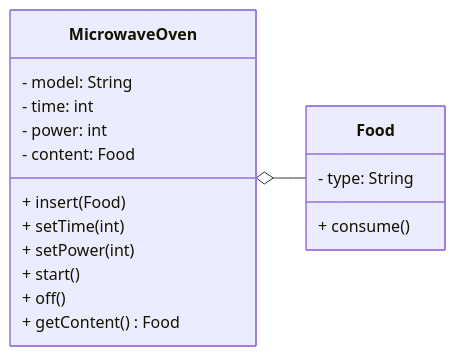
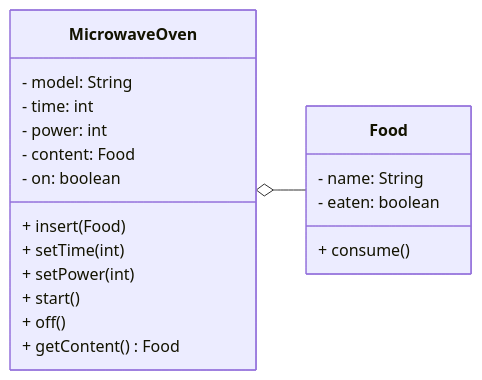
Before and after one commit to unibo-lptsi-pss/pss-slides: the first of 3 diagrams in lecture-markdown/content/03-objects/generator.md, drawn with Mermaid. The commit also changed other lines of this file and 2 other files, not shown here.

````diff
--- a/lecture-markdown/content/03-objects/generator.md
+++ b/lecture-markdown/content/03-objects/generator.md
@@ -81,21 +78,23 @@
 ```mermaid
 classDiagram
   direction LR
   class MicrowaveOven {
     - model: String
     - time: int
     - power: int
     - content: Food
+    - on: boolean
     + insert(Food)
     + setTime(int)
     + setPower(int)
     + start()
     + off()
     + getContent() Food
   }
   class Food {
-    - type: String
+    - name: String
+    - eaten: boolean
     + consume()
   }
   MicrowaveOven o-- Food
 ```
````
